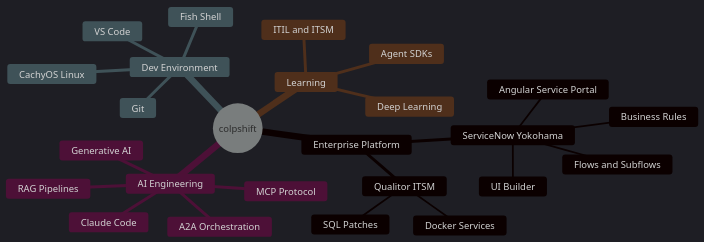
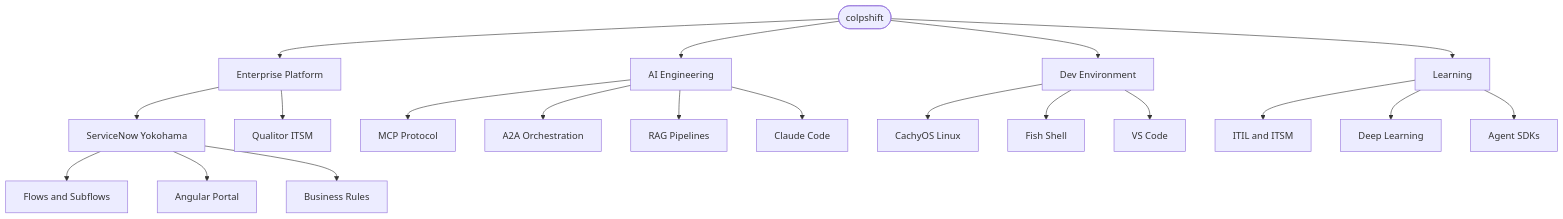
The diagram in README.md (colpshift/colpshift), drawn with Mermaid before and after one commit.

Commit message:
fix: replace mermaid mindmap with graph TD for reliable GitHub rendering
mindmap type has inconsistent theme support on GitHub's renderer causing
invisible text on some branches. graph TD has full, stable support and
renders all node text correctly.

````diff
--- a/README.md
+++ b/README.md
@@ -61,29 +61,28 @@
 ```mermaid
-%%{init: {'theme': 'dark'}}%%
-mindmap
-  root((colpshift))
-    Enterprise Platform
-      ServiceNow Yokohama
-        Flows and Subflows
-        Angular Service Portal
-        Business Rules
-        UI Builder
-      Qualitor ITSM
-        SQL Patches
-        Docker Services
-    AI Engineering
-      MCP Protocol
-      A2A Orchestration
-      RAG Pipelines
-      Generative AI
-      Claude Code
-    Dev Environment
-      CachyOS Linux
-      Fish Shell
-      VS Code
-      Git
-    Learning
-      ITIL and ITSM
-      Deep Learning
-      Agent SDKs
+graph TD
+    colpshift(["colpshift"])
+
+    colpshift --> ENT["Enterprise Platform"]
+    colpshift --> AI["AI Engineering"]
+    colpshift --> DEV["Dev Environment"]
+    colpshift --> LEARN["Learning"]
+
+    ENT --> SN["ServiceNow Yokohama"]
+    ENT --> Q["Qualitor ITSM"]
+    SN --> SN1["Flows and Subflows"]
+    SN --> SN2["Angular Portal"]
+    SN --> SN3["Business Rules"]
+
+    AI --> MCP["MCP Protocol"]
+    AI --> A2A["A2A Orchestration"]
+    AI --> RAG["RAG Pipelines"]
+    AI --> CC["Claude Code"]
+
+    DEV --> OS["CachyOS Linux"]
+    DEV --> SH["Fish Shell"]
+    DEV --> ED["VS Code"]
+
+    LEARN --> IT["ITIL and ITSM"]
+    LEARN --> DL["Deep Learning"]
+    LEARN --> AG["Agent SDKs"]
 ```
````
